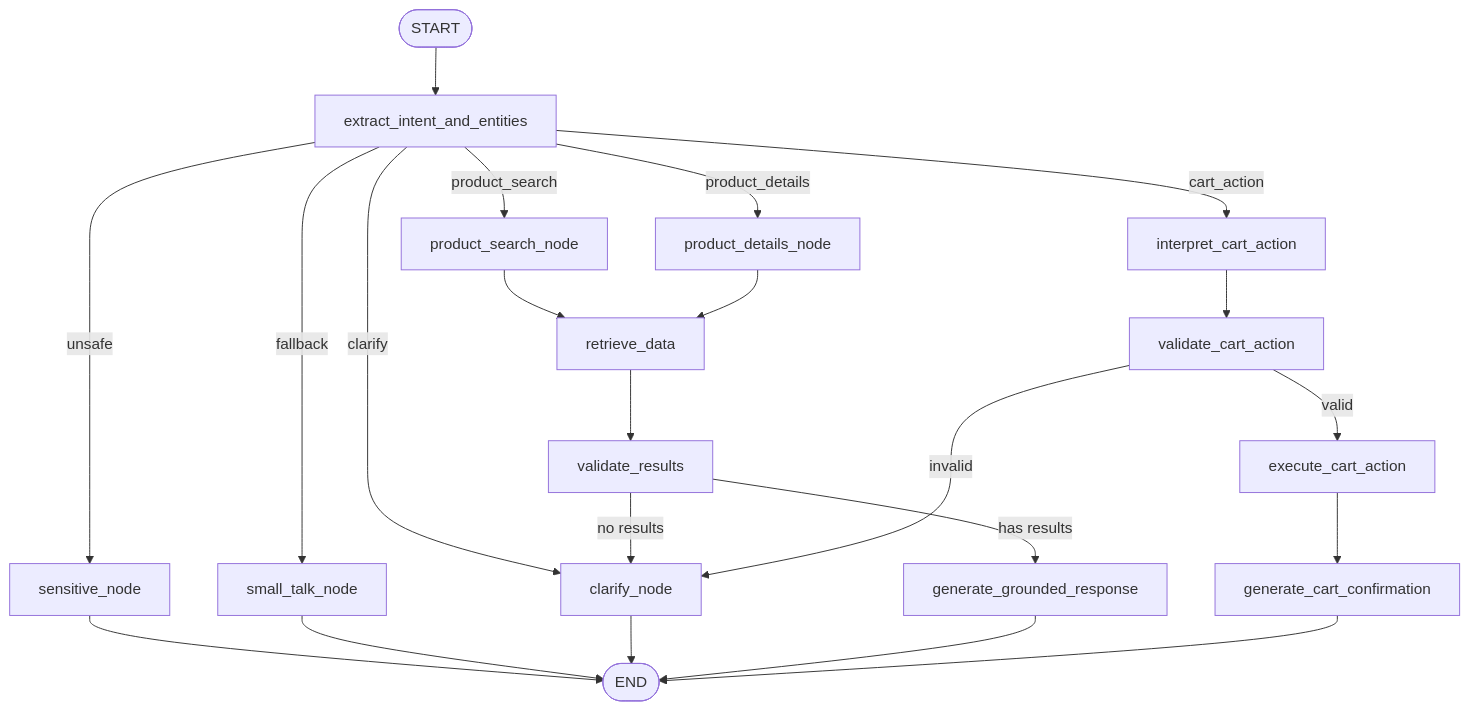
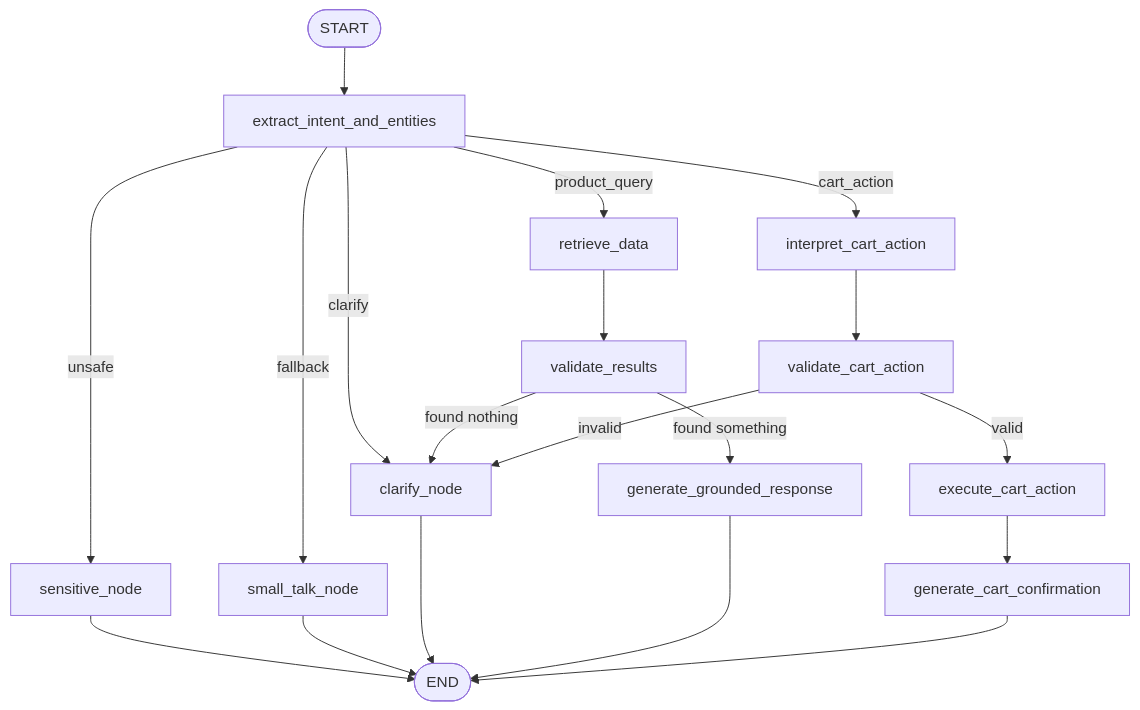
The first of 3 diagrams in README.md (miggle711/gdg-mum-langchain-project), drawn with Mermaid before and after one commit. The commit also changed other lines of this file and 10 other files, not shown here.

First line of the commit message:
feat(graph): merge product_search/product_details, add hard-filter search support for #57

````diff
--- a/README.md
+++ b/README.md
@@ -50,27 +50,24 @@
 ```mermaid
 flowchart TB
     START(["START"]) --> IE["extract_intent_and_entities"]
     IE -->|unsafe| SR["sensitive_node"]
     IE -->|fallback| FW["small_talk_node"]
     IE -->|clarify| CL["clarify_node"]
-    IE -->|product_search| PS["product_search_node"]
-    IE -->|product_details| PD["product_details_node"]
+    IE -->|product_query| RD["retrieve_data"]
     IE -->|cart_action| CA["interpret_cart_action"]
 
-    PS --> RD["retrieve_data"]
-    PD --> RD
     RD --> VR["validate_results"]
-    VR -->|has results| GR["generate_grounded_response"]
-    VR -->|no results| CL
+    VR -->|found something| GR["generate_grounded_response"]
+    VR -->|found nothing| CL
 
     CA --> CV["validate_cart_action"]
     CV -->|valid| EC["execute_cart_action"]
     CV -->|invalid| CL
     EC --> CG["generate_cart_confirmation"]
 
     SR --> END(["END"])
     FW --> END
     CL --> END
     GR --> END
     CG --> END
 ```
````
